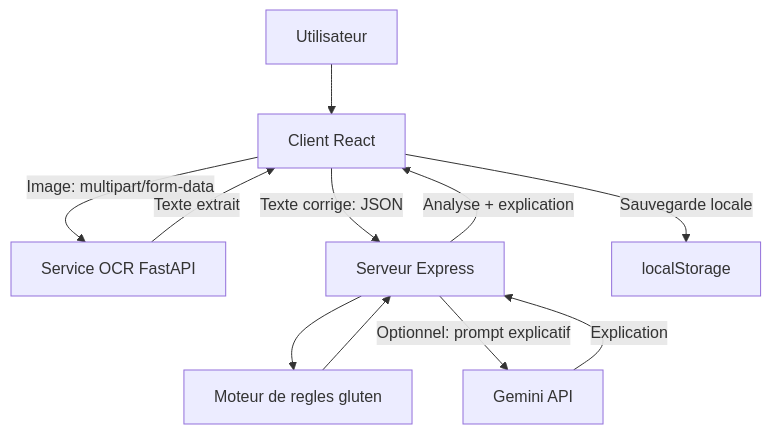
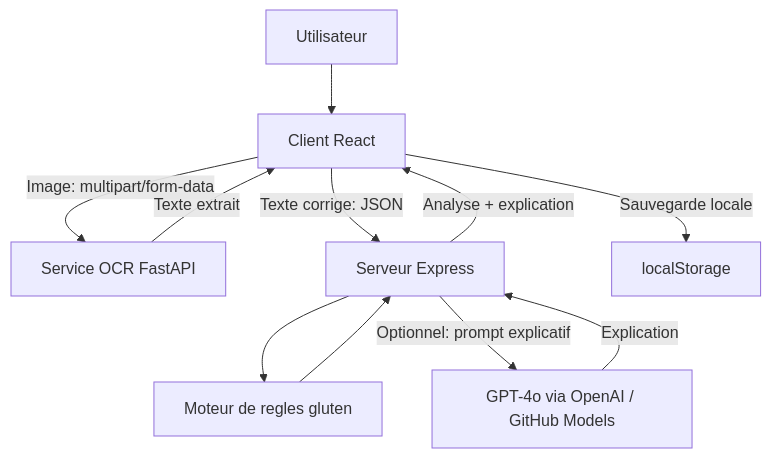
One commit to ikhlasalae9-beep/GlutiSafe_v2 changed the diagram in DOCS/ARCHITECTURE.md. Above: the diagram before and after it, drawn with Mermaid. The commit also changed other lines of this file and 15 other files, not shown here.

Commit message:
feat: migrate from Gemini to GPT-4o for AI explanations; update related components and documentation

````diff
--- a/DOCS/ARCHITECTURE.md
+++ b/DOCS/ARCHITECTURE.md
@@ -84,13 +84,13 @@
 ```mermaid
 flowchart TD
   U[Utilisateur] --> C[Client React]
   C -->|Image: multipart/form-data| OCR[Service OCR FastAPI]
   OCR -->|Texte extrait| C
   C -->|Texte corrige: JSON| API[Serveur Express]
   API --> RULES[Moteur de regles gluten]
   RULES --> API
-  API -->|Optionnel: prompt explicatif| GEMINI[Gemini API]
-  GEMINI -->|Explication| API
+  API -->|Optionnel: prompt explicatif| AI[GPT-4o via OpenAI / GitHub Models]
+  AI -->|Explication| API
   API -->|Analyse + explication| C
   C -->|Sauvegarde locale| LS[localStorage]
 ```
````
